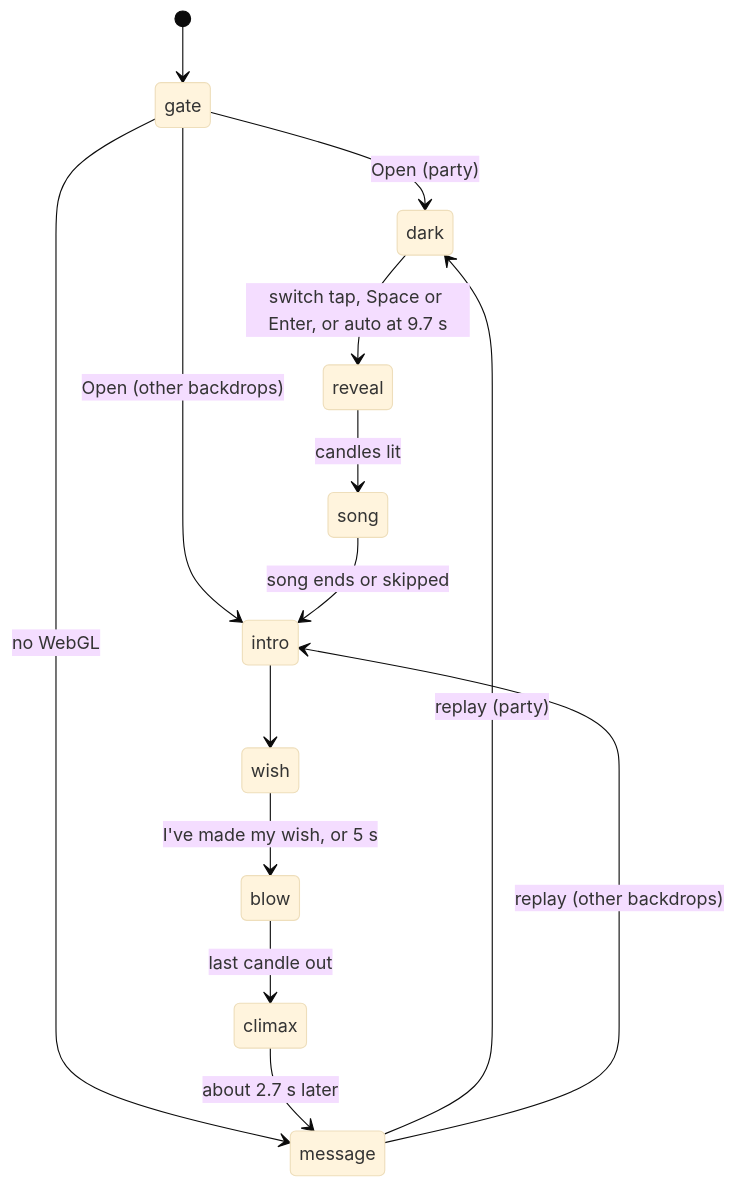
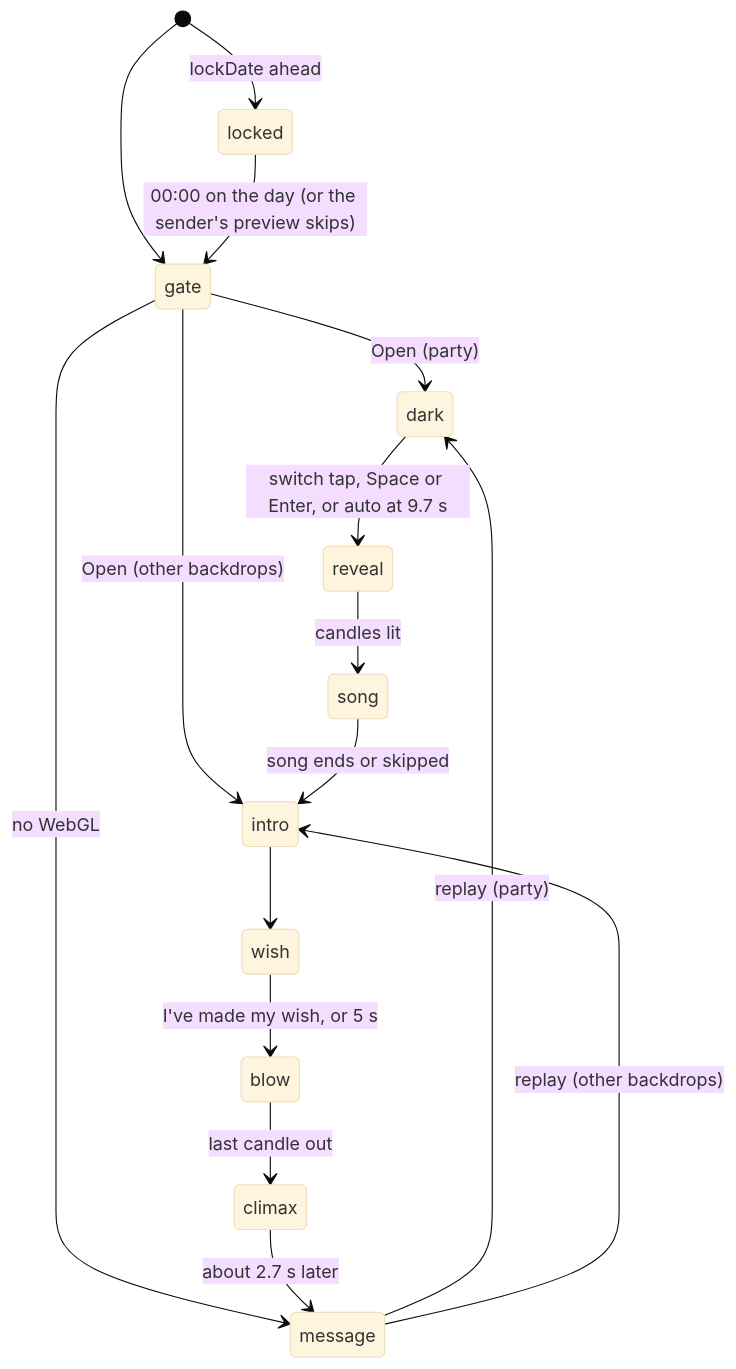
The third of 4 diagrams in ARCHITECTURE.md (Gubbitkeytoday/hbd-3d-craft), drawn with Mermaid (base theme) before and after one commit. The commit also changed other lines of this file and 18 other files, not shown here.

First line of the commit message:
Midnight lock, the sender's handwriting and memory prompts

````diff
--- a/ARCHITECTURE.md
+++ b/ARCHITECTURE.md
@@ -309,16 +331,18 @@
 ```mermaid
 stateDiagram-v2
+    [*] --> locked: lockDate ahead
     [*] --> gate
+    locked --> gate: 00:00 on the day (or the sender's preview skips)
     gate --> dark: Open (party)
     gate --> intro: Open (other backdrops)
     gate --> message: no WebGL
     dark --> reveal: switch tap, Space or Enter, or auto at 9.7 s
     reveal --> song: candles lit
     song --> intro: song ends or skipped
     intro --> wish
     wish --> blow: I've made my wish, or 5 s
     blow --> climax: last candle out
     climax --> message: about 2.7 s later
     message --> dark: replay (party)
     message --> intro: replay (other backdrops)
 ```
````
